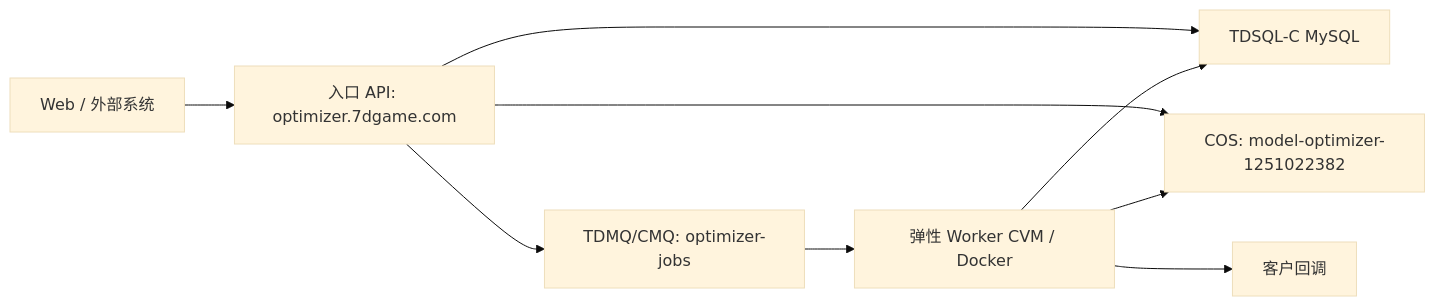
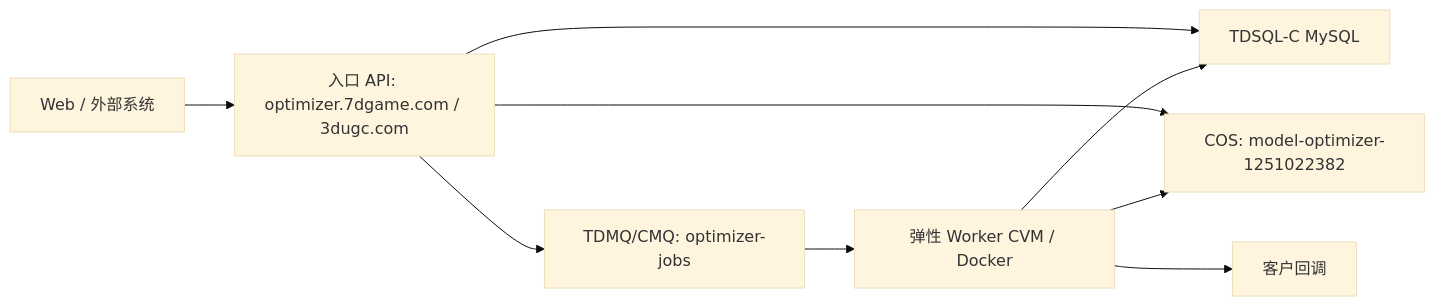
One commit to 3dugc/3D-Model-Optimizer changed the diagram in docs/heavy-task-platform-runbook.md. Above: the diagram before and after it, drawn with Mermaid (base theme). The commit also changed other lines of this file and 4 other files, not shown here.

````diff
--- a/docs/heavy-task-platform-runbook.md
+++ b/docs/heavy-task-platform-runbook.md
@@ -9,11 +9,11 @@
 ```mermaid
 flowchart LR
-  Client["Web / 外部系统"] --> API["入口 API: optimizer.7dgame.com"]
+  Client["Web / 外部系统"] --> API["入口 API: optimizer.7dgame.com / 3dugc.com"]
   API --> DB["TDSQL-C MySQL"]
   API --> COS["COS: model-optimizer-1251022382"]
   API --> Queue["TDMQ/CMQ: optimizer-jobs"]
   Queue --> Worker["弹性 Worker CVM / Docker"]
   Worker --> COS
   Worker --> DB
   Worker --> Callback["客户回调"]
 ```
````
